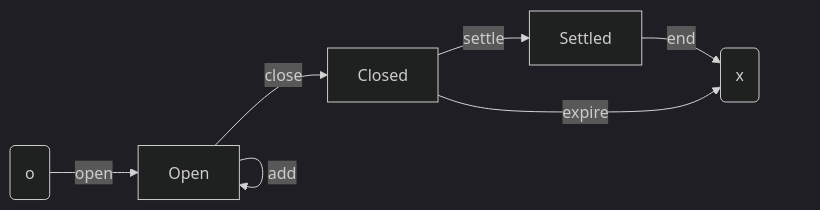
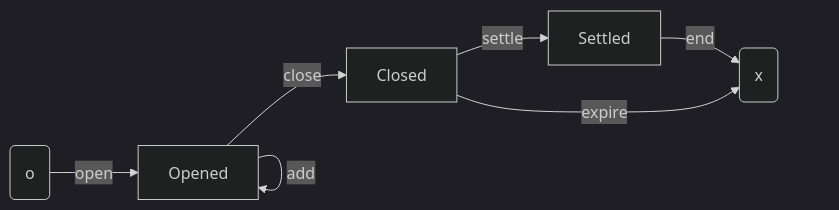
One commit to kompact-io/subbit-xyz changed the diagram in docs/adrs/lifecycle.md. Above: the diagram before and after it, drawn with Mermaid (dark theme). The commit also changed 36 other files, not shown here.

````diff
--- a/docs/adrs/lifecycle.md
+++ b/docs/adrs/lifecycle.md
@@ -63,26 +63,26 @@
 ```mermaid
 flowchart LR
     n0("o")
 
-    open["
-    Open \n
+    opened["
+    Opened \n
     "]
 
     closed["
     Closed \n
     "]
 
     settled["
     Settled
     "]
 
     n1("x")
 
-    n0 -->|open| open
-    open -->|sub| open
-    open --->|add| open
-    open -->|close| closed
+    n0 -->|open| opened
+    opened -->|sub| opened
+    opened --->|add| opened
+    opened -->|close| closed
     closed -->|settle| settled
     settled -->|end| n1
     closed -->|expire| n1
 ```
````
